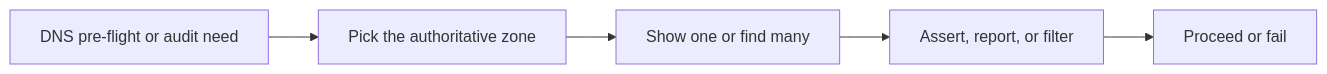
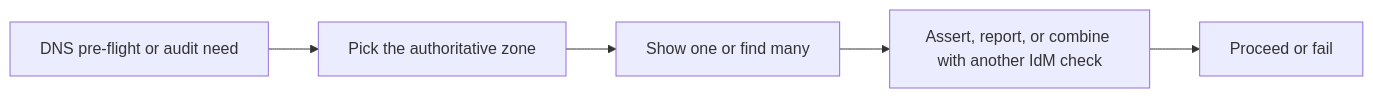
One commit to gprocunier/eigenstate-ipa changed the diagram in docs/dns-use-cases.md. Above: the diagram before and after it, drawn with Mermaid. The commit also changed other lines of this file and 15 other files, not shown here.

````diff
--- a/docs/dns-use-cases.md
+++ b/docs/dns-use-cases.md
@@ -35,10 +39,10 @@
 ```mermaid
 flowchart LR
     need["DNS pre-flight or audit need"]
     zone["Pick the authoritative zone"]
     lookup["Show one or find many"]
-    gate["Assert, report, or filter"]
+    gate["Assert, report, or combine with another IdM check"]
     act["Proceed or fail"]
 
     need --> zone --> lookup --> gate --> act
 ```
````
